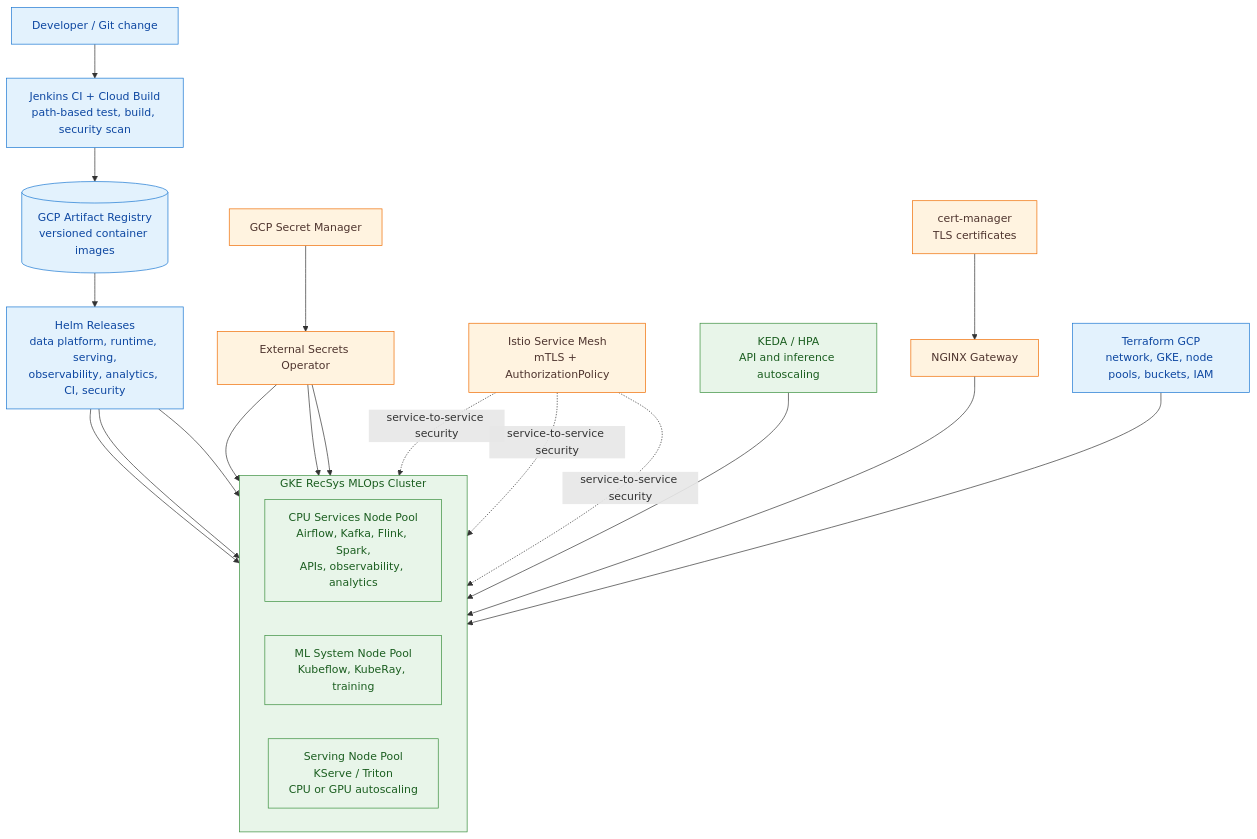
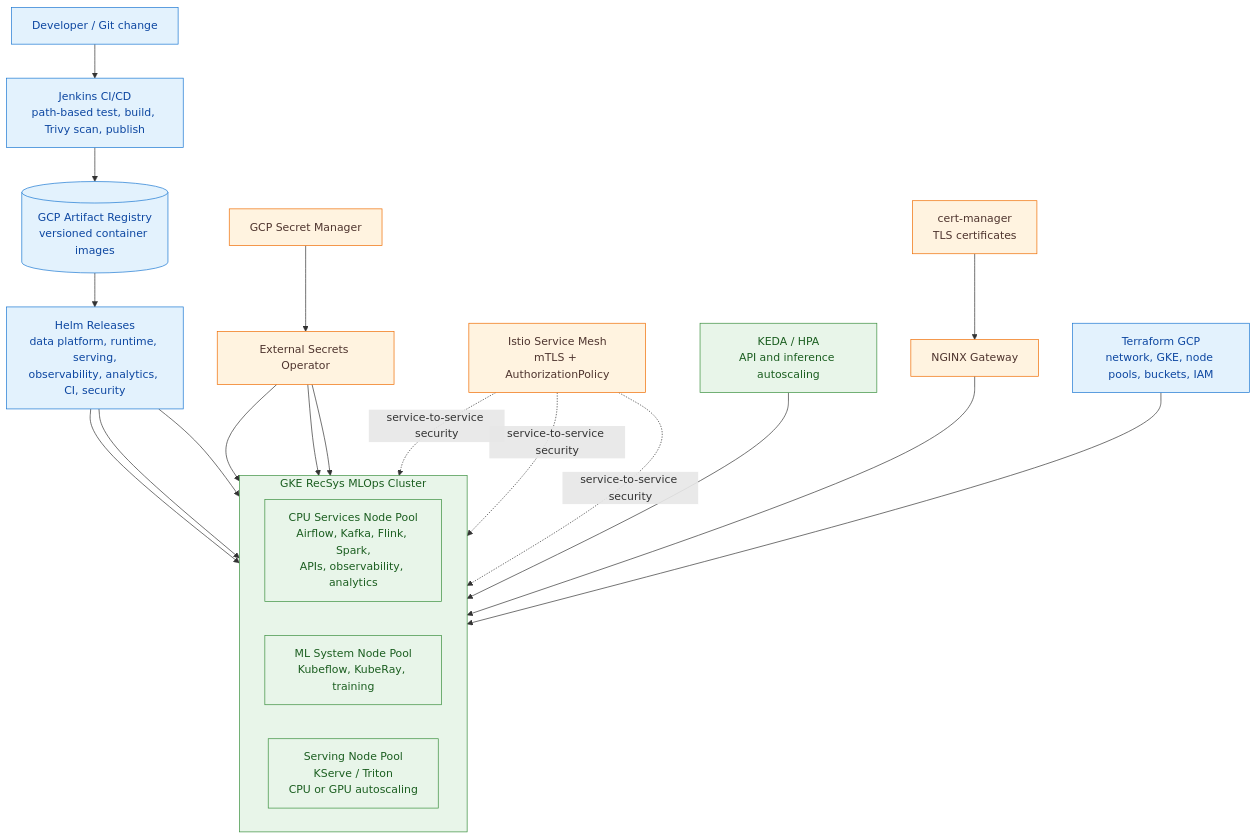
Before and after one commit to itsmekhoathekid/RecSys-MLops: the fifth of 5 diagrams in docs/submission/rubic-final-coursework-(final-ml)/high_level_system_design.md, drawn with Mermaid. The commit also changed other lines of this file and 24 other files, not shown here.

````diff
--- a/docs/submission/rubic-final-coursework-(final-ml)/high_level_system_design.md
+++ b/docs/submission/rubic-final-coursework-(final-ml)/high_level_system_design.md
@@ -690,45 +690,45 @@
 ```mermaid
 flowchart TB
   Developer["Developer / Git change"]
-  CI["Jenkins CI + Cloud Build<br/>path-based test, build, security scan"]
+  CI["Jenkins CI/CD<br/>path-based test, build, Trivy scan, publish"]
   Registry[("GCP Artifact Registry<br/>versioned container images")]
   Terraform["Terraform GCP<br/>network, GKE, node pools, buckets, IAM"]
   Helm["Helm Releases<br/>data platform, runtime, serving,<br/>observability, analytics, CI, security"]
 
   subgraph GKE["GKE RecSys MLOps Cluster"]
     direction LR
     CPU["CPU Services Node Pool<br/>Airflow, Kafka, Flink, Spark,<br/>APIs, observability, analytics"]
     ML["ML System Node Pool<br/>Kubeflow, KubeRay, training"]
     Serving["Serving Node Pool<br/>KServe / Triton<br/>CPU or GPU autoscaling"]
   end
 
   SecretManager["GCP Secret Manager"]
   ESO["External Secrets Operator"]
   Istio["Istio Service Mesh<br/>mTLS + AuthorizationPolicy"]
   CertManager["cert-manager<br/>TLS certificates"]
   KEDA["KEDA / HPA<br/>API and inference autoscaling"]
   Gateway["NGINX Gateway"]
 
   Developer --> CI --> Registry
   Terraform --> GKE
   Registry --> Helm --> CPU
   Helm --> ML
   Helm --> Serving
   SecretManager --> ESO --> CPU
   ESO --> ML
   ESO --> Serving
   Istio -. "service-to-service security" .-> CPU
   Istio -. "service-to-service security" .-> ML
   Istio -. "service-to-service security" .-> Serving
   CertManager --> Gateway
   KEDA --> Serving
   Gateway --> CPU
 
   classDef delivery fill:#e3f2fd,stroke:#1976d2,color:#0d47a1;
   classDef cluster fill:#e8f5e9,stroke:#388e3c,color:#1b5e20;
   classDef security fill:#fff3e0,stroke:#ef6c00,color:#4e342e;
 
   class Developer,CI,Registry,Terraform,Helm delivery;
   class CPU,ML,Serving,KEDA cluster;
   class SecretManager,ESO,Istio,CertManager,Gateway security;
 ```
````
